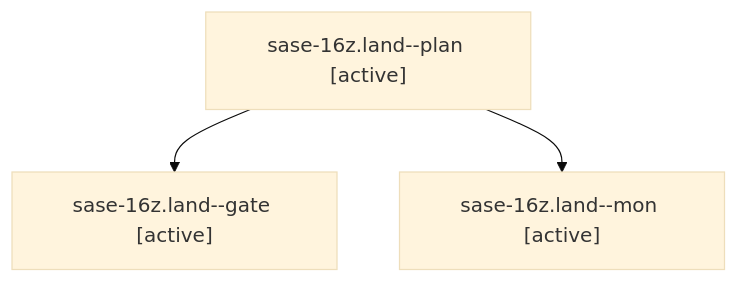
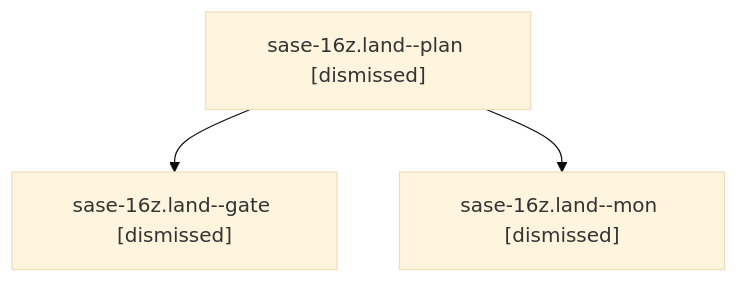
One commit to sase-org/sase--agents changed the diagram in sessions/bbugyi200.athena.sase-16z.land.md. Above: the diagram before and after it, drawn with Mermaid (base theme). The commit also changed other lines of this file and 158 other files, not shown here.

````diff
--- a/sessions/bbugyi200.athena.sase-16z.land.md
+++ b/sessions/bbugyi200.athena.sase-16z.land.md
@@ -9,8 +9,8 @@
 ```mermaid
 flowchart TD
-  n0["sase-16z.land--plan [active]"]
-  n1["sase-16z.land--gate [active]"]
+  n0["sase-16z.land--plan [dismissed]"]
+  n1["sase-16z.land--gate [dismissed]"]
   n0 --> n1
-  n2["sase-16z.land--mon [active]"]
+  n2["sase-16z.land--mon [dismissed]"]
   n0 --> n2
 ```
````
